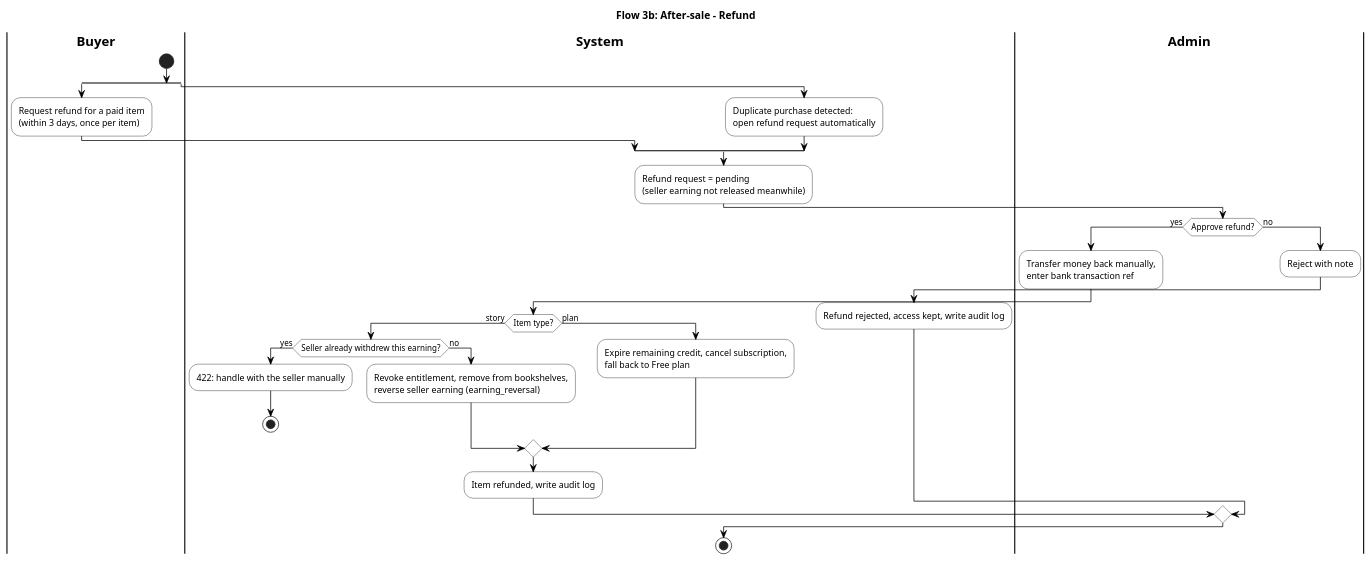
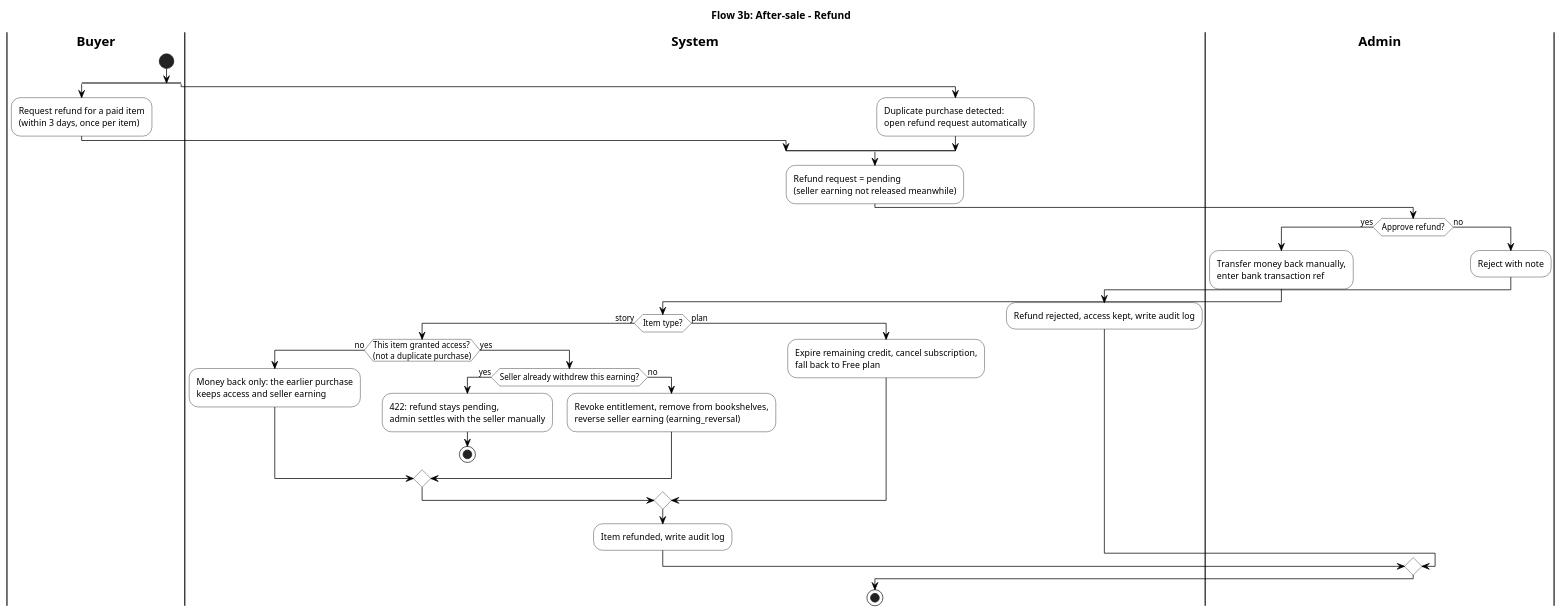
One commit to SEP490-GFA26SE186/BE changed the second of 2 diagrams in docs/diagrams/flows/flow-3-trust-safety.puml. Above: the diagram before and after it, drawn with PlantUML. The commit also changed other lines of this file and 7 other files, not shown here.

First line of the commit message:
docs(flows): cap nhat activity diagram 4 luong chinh theo code hien tai

```diff
--- a/docs/diagrams/flows/flow-3-trust-safety.puml
+++ b/docs/diagrams/flows/flow-3-trust-safety.puml
@@ -76,50 +81,54 @@
 @startuml flow-3b-refund
 title Flow 3b: After-sale - Refund
 skinparam defaultFontName Arial
 skinparam shadowing false
 skinparam ArrowColor #000000
 skinparam ActivityBackgroundColor #FFFFFF
 skinparam ActivityBorderColor #000000
 skinparam ActivityDiamondBackgroundColor #FFFFFF
 skinparam ActivityDiamondBorderColor #000000
 skinparam SwimlaneBorderColor #000000
 skinparam SwimlaneTitleFontStyle bold
 
 |Buyer|
 |System|
 |Admin|
 
 |Buyer|
 start
 split
   |Buyer|
   :Request refund for a paid item\n(within 3 days, once per item);
 split again
   |System|
   :Duplicate purchase detected:\nopen refund request automatically;
 end split
 |System|
 :Refund request = pending\n(seller earning not released meanwhile);
 |Admin|
 if (Approve refund?) then (yes)
   :Transfer money back manually,\nenter bank transaction ref;
   |System|
   if (Item type?) then (story)
-    if (Seller already withdrew this earning?) then (yes)
-      :422: handle with the seller manually;
-      stop
-    else (no)
-      :Revoke entitlement, remove from bookshelves,\nreverse seller earning (earning_reversal);
+    if (This item granted access?\n(not a duplicate purchase)) then (no)
+      :Money back only: the earlier purchase\nkeeps access and seller earning;
+    else (yes)
+      if (Seller already withdrew this earning?) then (yes)
+        :422: refund stays pending,\nadmin settles with the seller manually;
+        stop
+      else (no)
+        :Revoke entitlement, remove from bookshelves,\nreverse seller earning (earning_reversal);
+      endif
     endif
   else (plan)
     :Expire remaining credit, cancel subscription,\nfall back to Free plan;
   endif
   :Item refunded, write audit log;
 else (no)
   |Admin|
   :Reject with note;
   |System|
   :Refund rejected, access kept, write audit log;
 endif
 stop
 @enduml
```
